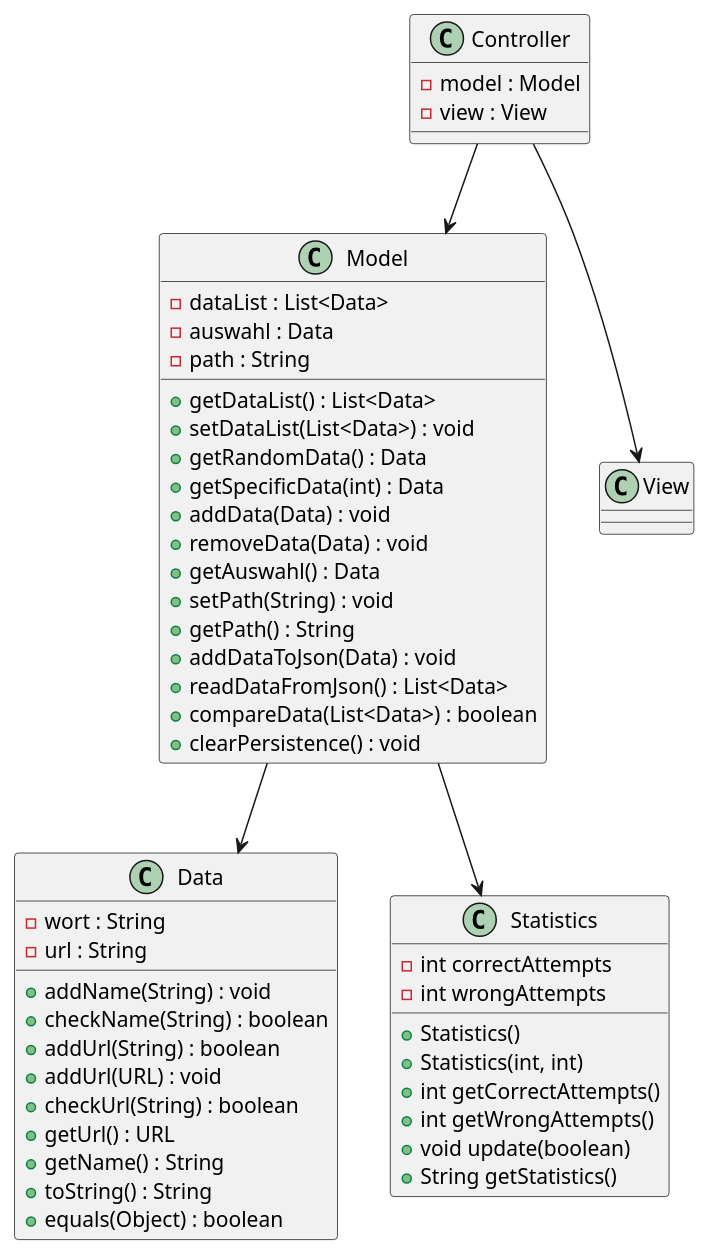
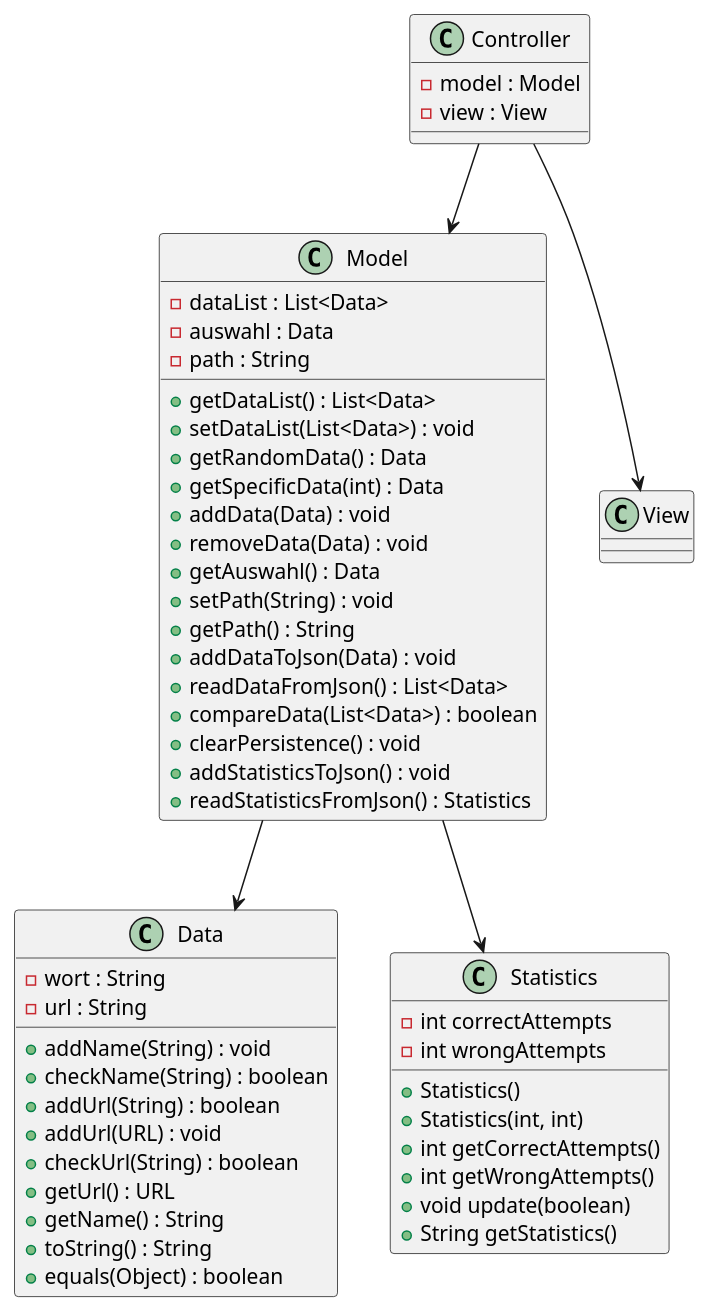
The diagram in worttrainer-reloaded.puml (TGM-HIT/sew9-2425-worttrainer-kbau3r), drawn with PlantUML before and after one commit. The commit also changed 1 other file, not shown here.

Commit message:
Model UML updated

```diff
--- a/worttrainer-reloaded.puml
+++ b/worttrainer-reloaded.puml
@@ -1,61 +1,63 @@
 @startuml
 'title: Worttrainer Reloaded - kbauer'
 
 class Model {
   -dataList : List<Data>
   -auswahl : Data
   -path : String
   +getDataList() : List<Data>
   +setDataList(List<Data>) : void
   +getRandomData() : Data
   +getSpecificData(int) : Data
   +addData(Data) : void
   +removeData(Data) : void
   +getAuswahl() : Data
   +setPath(String) : void
   +getPath() : String
   +addDataToJson(Data) : void
   +readDataFromJson() : List<Data>
   +compareData(List<Data>) : boolean
   +clearPersistence() : void
+  +addStatisticsToJson() : void
+  +readStatisticsFromJson() : Statistics
 }
 
 class Data {
   -wort : String
   -url : String
   +addName(String) : void
   +checkName(String) : boolean
   +addUrl(String) : boolean
   +addUrl(URL) : void
   +checkUrl(String) : boolean
   +getUrl() : URL
   +getName() : String
   +toString() : String
   +equals(Object) : boolean
 }
 
 class Statistics {
   - int correctAttempts
   - int wrongAttempts
   + Statistics()
   + Statistics(int, int)
   + int getCorrectAttempts()
   + int getWrongAttempts()
   + void update(boolean)
   + String getStatistics()
 }
 
 class View {
 }
 
 class Controller {
   -model : Model
   -view : View
 }
 
 Controller --> Model
 Controller --> View
 Model --> Data
 Model --> Statistics
 
 @enduml
```
